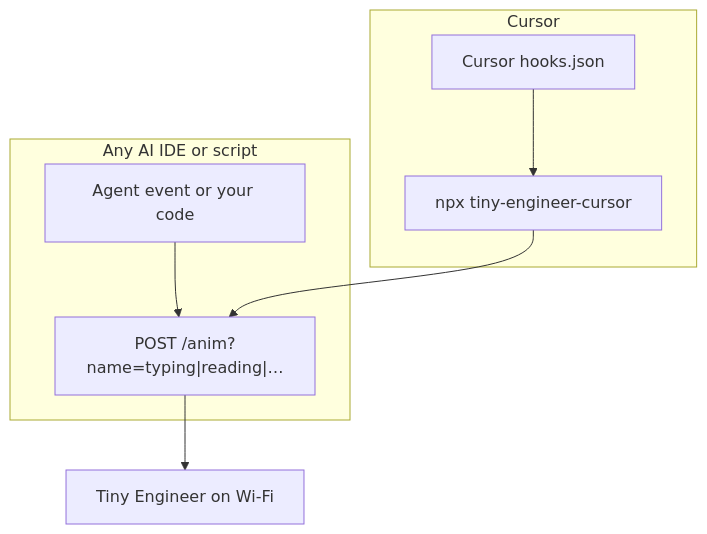
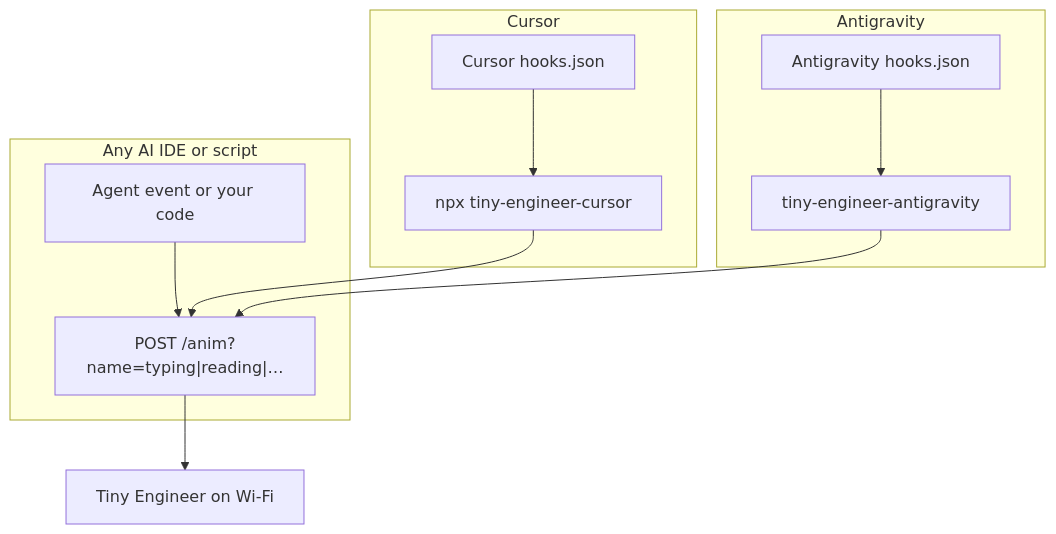
Before and after one commit to jamro/tiny-engineer: the diagram in docs/integration.md, drawn with Mermaid. The commit also changed other lines of this file and 253 other files, not shown here.

````diff
--- a/docs/integration.md
+++ b/docs/integration.md
@@ -15,13 +15,18 @@
 ```mermaid
 flowchart TB
   subgraph anyIde [Any AI IDE or script]
     HookOrScript[Agent event or your code]
     HookOrScript --> Post["POST /anim?name=typing|reading|…"]
   end
   subgraph cursorPath [Cursor]
     CursorHook[Cursor hooks.json]
     CursorHook --> Npx["npx tiny-engineer-cursor"]
     Npx --> Post
   end
+  subgraph antigravityPath [Antigravity]
+    AgHook[Antigravity hooks.json]
+    AgHook --> AgCli["tiny-engineer-antigravity"]
+    AgCli --> Post
+  end
   Post --> Robot[Tiny Engineer on Wi-Fi]
 ```
````
